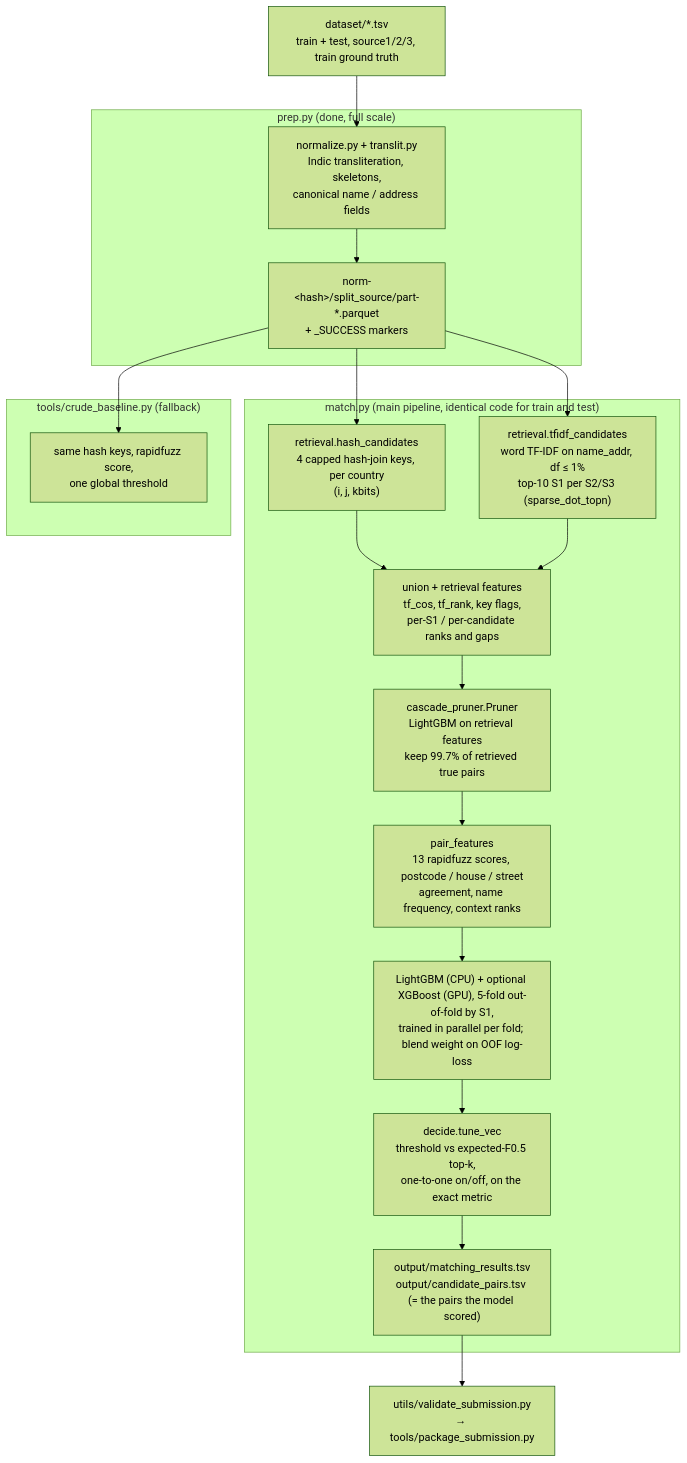
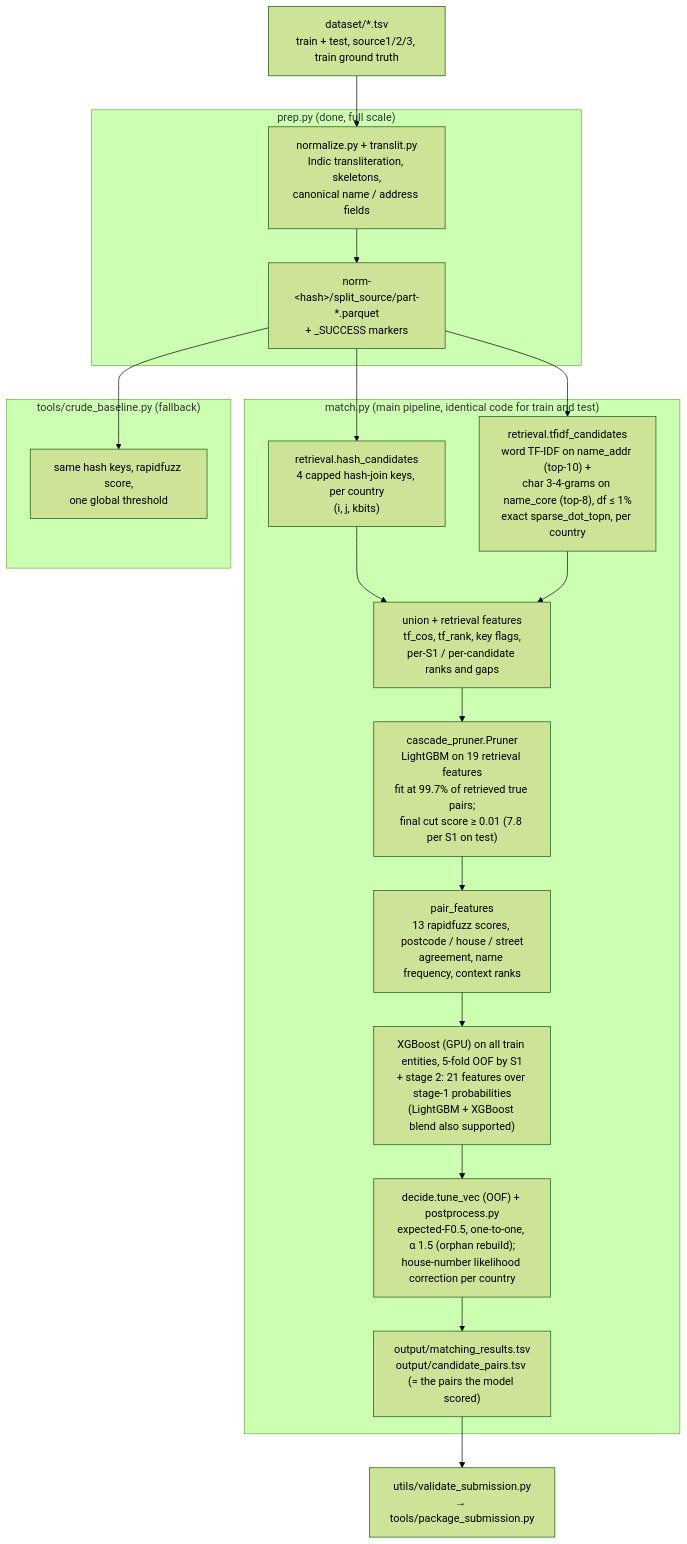
Before and after one commit to nocool235/napy-ML-challenge: the diagram in ARCHITECTURE.md, drawn with Mermaid (forest theme). The commit also changed other lines of this file and 7 other files, not shown here.

````diff
--- a/ARCHITECTURE.md
+++ b/ARCHITECTURE.md
@@ -47,34 +47,34 @@
 ```mermaid
 flowchart TD
     RAW["dataset/*.tsv<br/>train + test, source1/2/3, train ground truth"]
 
     subgraph PREP["prep.py (done, full scale)"]
         P1["normalize.py + translit.py<br/>Indic transliteration, skeletons,<br/>canonical name / address fields"]
         P2["norm-&lt;hash&gt;/split_source/part-*.parquet<br/>+ _SUCCESS markers"]
         P1 --> P2
     end
     RAW --> P1
 
     subgraph MAIN["match.py (main pipeline, identical code for train and test)"]
         R1["retrieval.hash_candidates<br/>4 capped hash-join keys, per country<br/>(i, j, kbits)"]
-        R2["retrieval.tfidf_candidates<br/>word TF-IDF on name_addr, df ≤ 1%<br/>top-10 S1 per S2/S3 (sparse_dot_topn)"]
+        R2["retrieval.tfidf_candidates<br/>word TF-IDF on name_addr (top-10) +<br/>char 3-4-grams on name_core (top-8), df ≤ 1%<br/>exact sparse_dot_topn, per country"]
         U["union + retrieval features<br/>tf_cos, tf_rank, key flags,<br/>per-S1 / per-candidate ranks and gaps"]
-        PR["cascade_pruner.Pruner<br/>LightGBM on retrieval features<br/>keep 99.7% of retrieved true pairs"]
+        PR["cascade_pruner.Pruner<br/>LightGBM on 19 retrieval features<br/>fit at 99.7% of retrieved true pairs;<br/>final cut score ≥ 0.01 (7.8 per S1 on test)"]
         FE["pair_features<br/>13 rapidfuzz scores, postcode / house / street<br/>agreement, name frequency, context ranks"]
-        M["LightGBM (CPU) + optional XGBoost (GPU), 5-fold out-of-fold by S1,<br/>trained in parallel per fold; blend weight on OOF log-loss"]
-        D["decide.tune_vec<br/>threshold vs expected-F0.5 top-k,<br/>one-to-one on/off, on the exact metric"]
+        M["XGBoost (GPU) on all train entities, 5-fold OOF by S1<br/>+ stage 2: 21 features over stage-1 probabilities<br/>(LightGBM + XGBoost blend also supported)"]
+        D["decide.tune_vec (OOF) + postprocess.py<br/>expected-F0.5, one-to-one, α 1.5 (orphan rebuild);<br/>house-number likelihood correction per country"]
         O["output/matching_results.tsv<br/>output/candidate_pairs.tsv (= the pairs the model scored)"]
         R1 --> U
         R2 --> U
         U --> PR --> FE --> M --> D --> O
     end
     P2 --> R1
     P2 --> R2
 
     subgraph FALL["tools/crude_baseline.py (fallback)"]
         C1["same hash keys, rapidfuzz score,<br/>one global threshold"]
     end
     P2 --> C1
 
     O --> V["utils/validate_submission.py<br/>→ tools/package_submission.py"]
 ```
````
